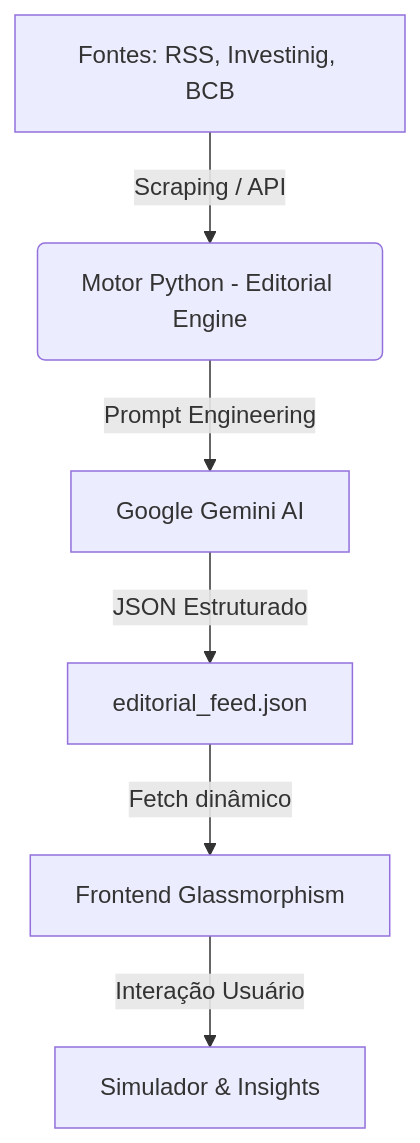
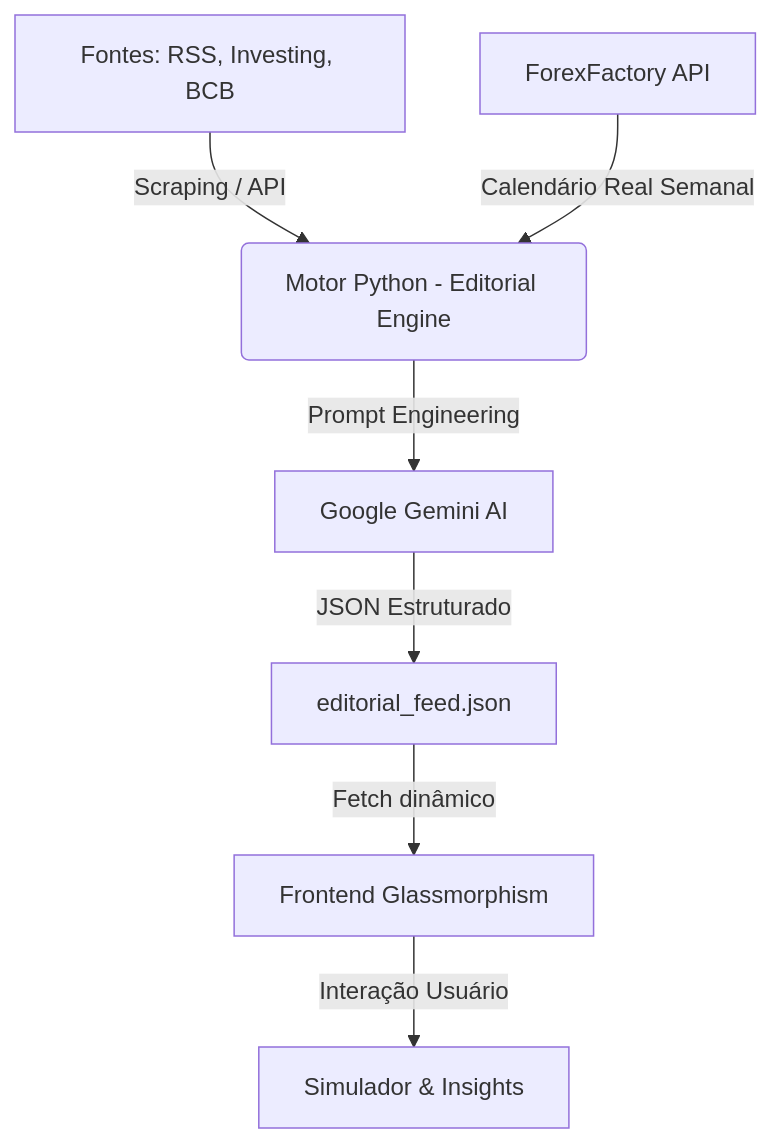
The diagram in 2_Documentacao_do_Sistema/README.md (EricMacedo10/Trilha-dos-Juros), drawn with Mermaid before and after one commit. The commit also changed other lines of this file and 3 other files, not shown here.

Commit message:
docs: Atualiza documentação completa - Editorial Hub 2.0 + ForexFactory

````diff
--- a/2_Documentacao_do_Sistema/README.md
+++ b/2_Documentacao_do_Sistema/README.md
@@ -42,8 +44,9 @@
 ```mermaid
 graph TD
-    A[Fontes: RSS, Investinig, BCB] -->|Scraping / API| B(Motor Python - Editorial Engine)
+    A[Fontes: RSS, Investing, BCB] -->|Scraping / API| B(Motor Python - Editorial Engine)
+    FF[ForexFactory API] -->|Calendário Real Semanal| B
     B -->|Prompt Engineering| C[Google Gemini AI]
     C -->|JSON Estruturado| D[editorial_feed.json]
     D -->|Fetch dinâmico| E[Frontend Glassmorphism]
     E -->|Interação Usuário| F[Simulador & Insights]
 ```
````
